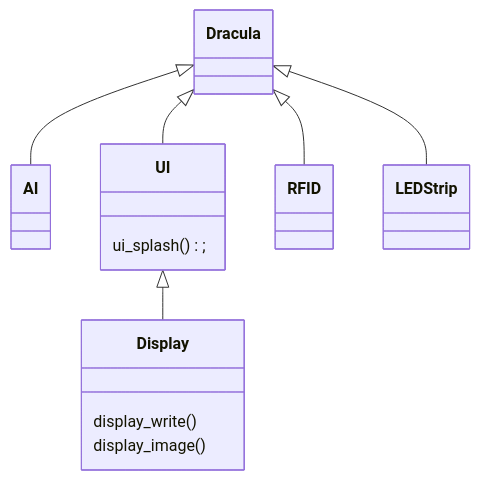
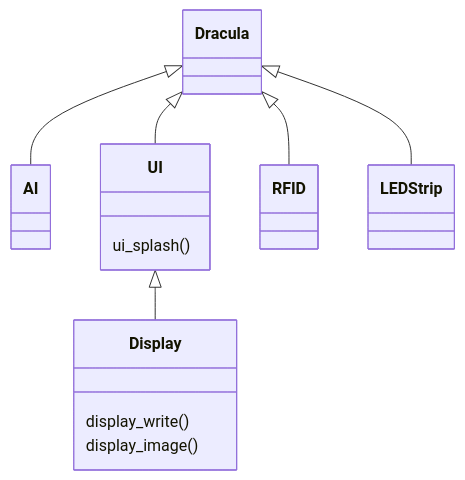
One commit to alegs-a/bears-ink changed the first of 2 diagrams in README.md. Above: the diagram before and after it, drawn with Mermaid. The commit also changed other lines of this file, not shown here.

````diff
--- a/README.md
+++ b/README.md
@@ -126,18 +135,18 @@
 ```mermaid
 ---
 Component Architecture:
 ---
 classDiagram
   Dracula <|-- AI
   Dracula <|-- UI
   UI <|-- Display
   Dracula <|-- RFID
   Dracula <|-- LEDStrip
   class UI {
-    ui_splash();
+    ui_splash()
   }
   class Display {
     display_write()
     display_image()
   }
 ```
````
